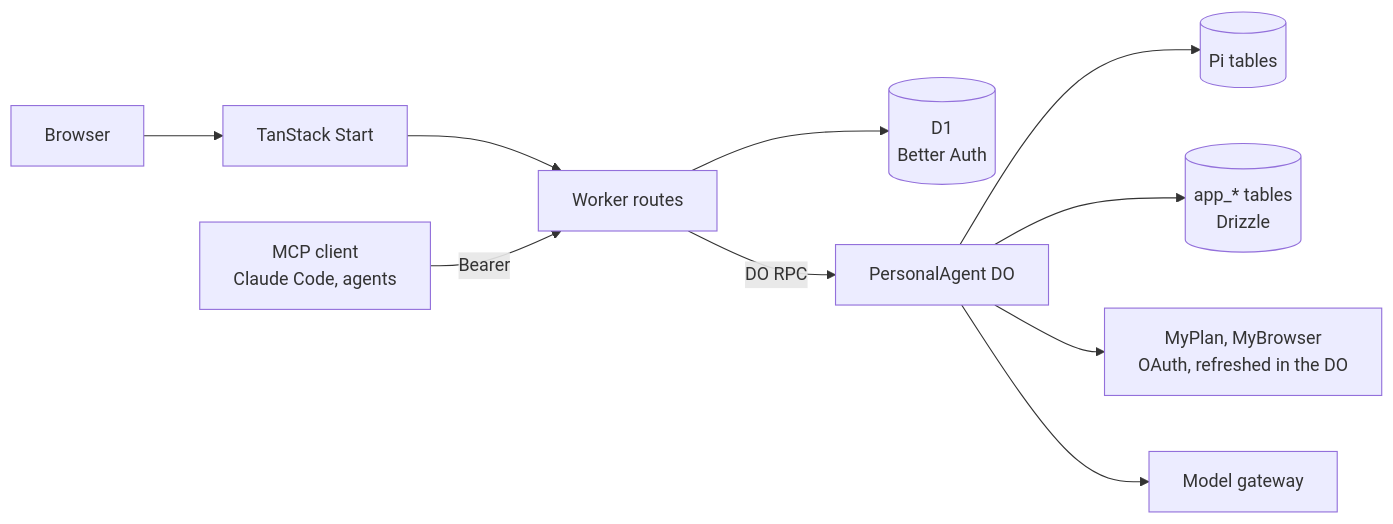
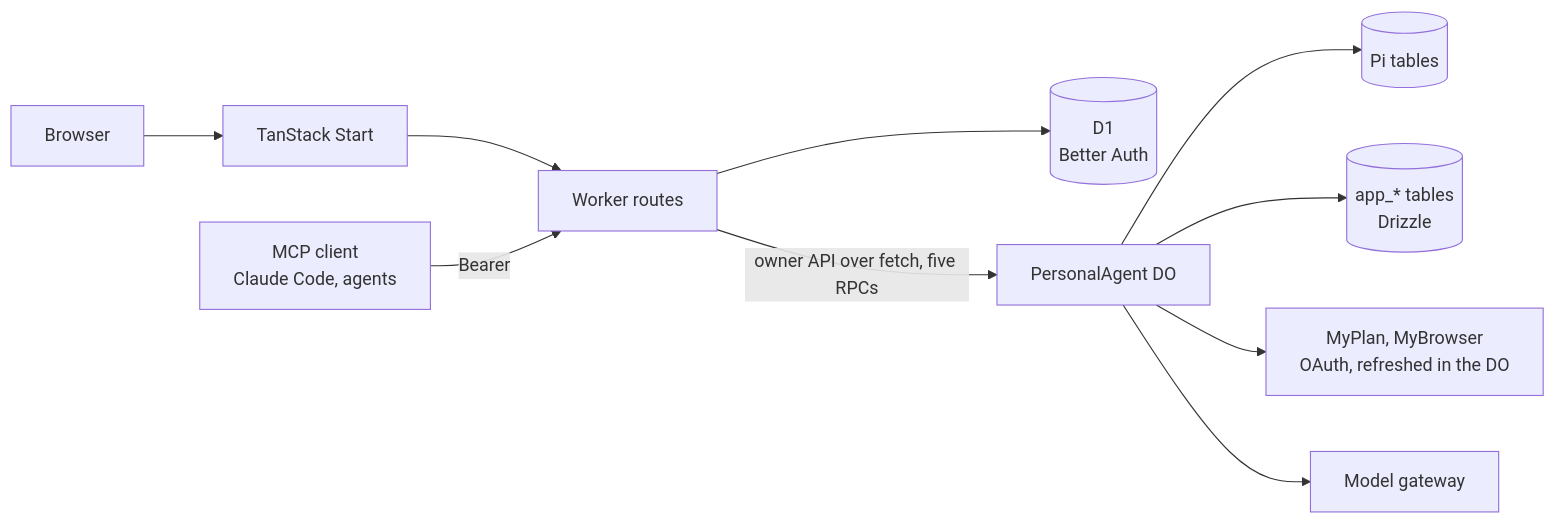
One commit to grmkris/goblin-public changed the diagram in docs/architecture.md. Above: the diagram before and after it, drawn with Mermaid. The commit also changed other lines of this file, not shown here.

First line of the commit message:
docs: the architecture's typed API, layer tree, logs and references

````diff
--- a/docs/architecture.md
+++ b/docs/architecture.md
@@ -7,12 +7,12 @@
 ```mermaid
 flowchart LR
   Browser --> Web[TanStack Start]
   Web --> Worker[Worker routes]
   Client[MCP client\nClaude Code, agents] -->|Bearer| Worker
   Worker --> Auth[(D1\nBetter Auth)]
-  Worker -->|DO RPC| Agent[PersonalAgent DO]
+  Worker -->|owner API over fetch, five RPCs| Agent[PersonalAgent DO]
   Agent --> Pi[(Pi tables)]
   Agent --> App[(app_* tables\nDrizzle)]
   Agent --> MCP[MyPlan, MyBrowser\nOAuth, refreshed in the DO]
   Agent --> Model[Model gateway]
 ```
````
